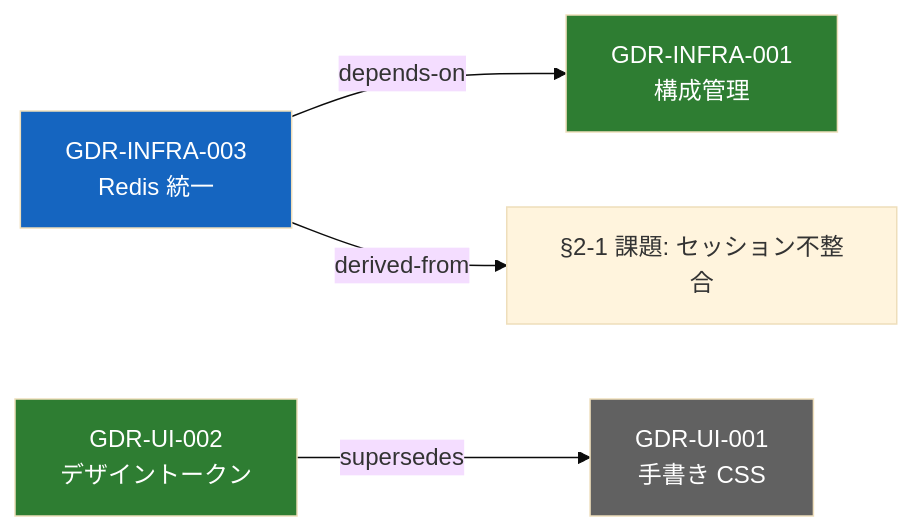
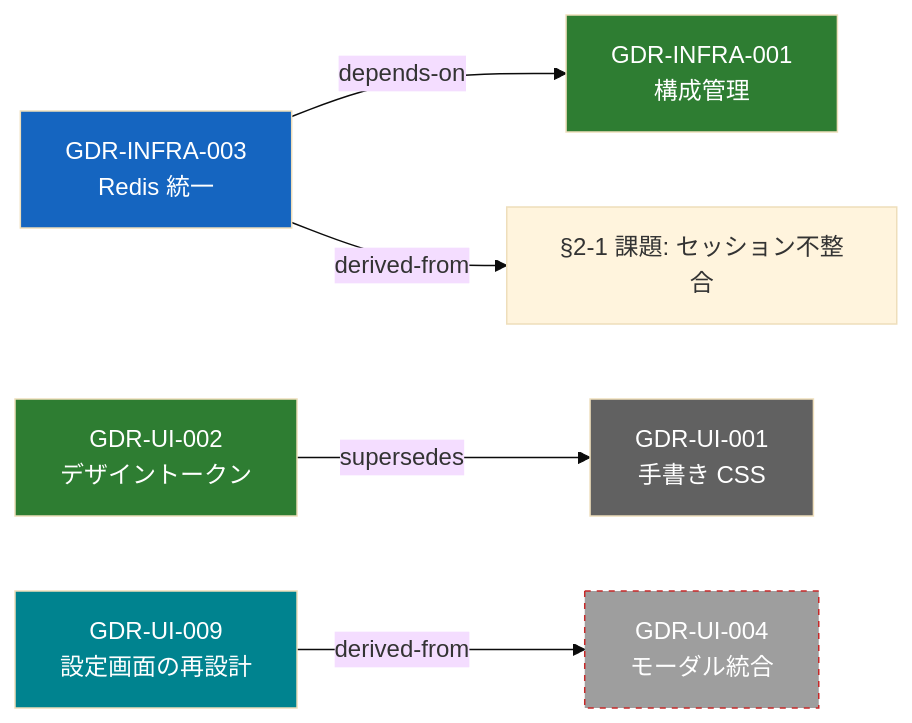
Before and after one commit to yoshinag/general-decision-record: the second of 2 diagrams in docs/ja/01_GDR/guide/06_VISUALIZATION_GUIDE.md, drawn with Mermaid (base theme). The commit also changed other lines of this file, not shown here.

Commit message:
docs(guide): add Accepted/Rejected to visualization status vocabulary

````diff
--- a/docs/ja/01_GDR/guide/06_VISUALIZATION_GUIDE.md
+++ b/docs/ja/01_GDR/guide/06_VISUALIZATION_GUIDE.md
@@ -47,16 +48,21 @@
 ```mermaid
 flowchart LR
   classDef implemented fill:#2e7d32,color:#fff
   classDef proposed    fill:#1565c0,color:#fff
+  classDef accepted    fill:#00838f,color:#fff
   classDef superseded  fill:#616161,color:#fff
+  classDef rejected    fill:#9e9e9e,color:#fff,stroke:#c62828,stroke-dasharray:4
 
   K21["§2-1 課題: セッション不整合"]
   A["GDR-INFRA-001<br>構成管理"]:::implemented
   B["GDR-INFRA-003<br>Redis 統一"]:::proposed
   C["GDR-UI-001<br>手書き CSS"]:::superseded
   D["GDR-UI-002<br>デザイントークン"]:::implemented
+  E["GDR-UI-004<br>モーダル統合"]:::rejected
+  F["GDR-UI-009<br>設定画面の再設計"]:::accepted
 
   B -- depends-on --> A
   B -- derived-from --> K21
   D -- supersedes --> C
+  F -- derived-from --> E
 ```
````
